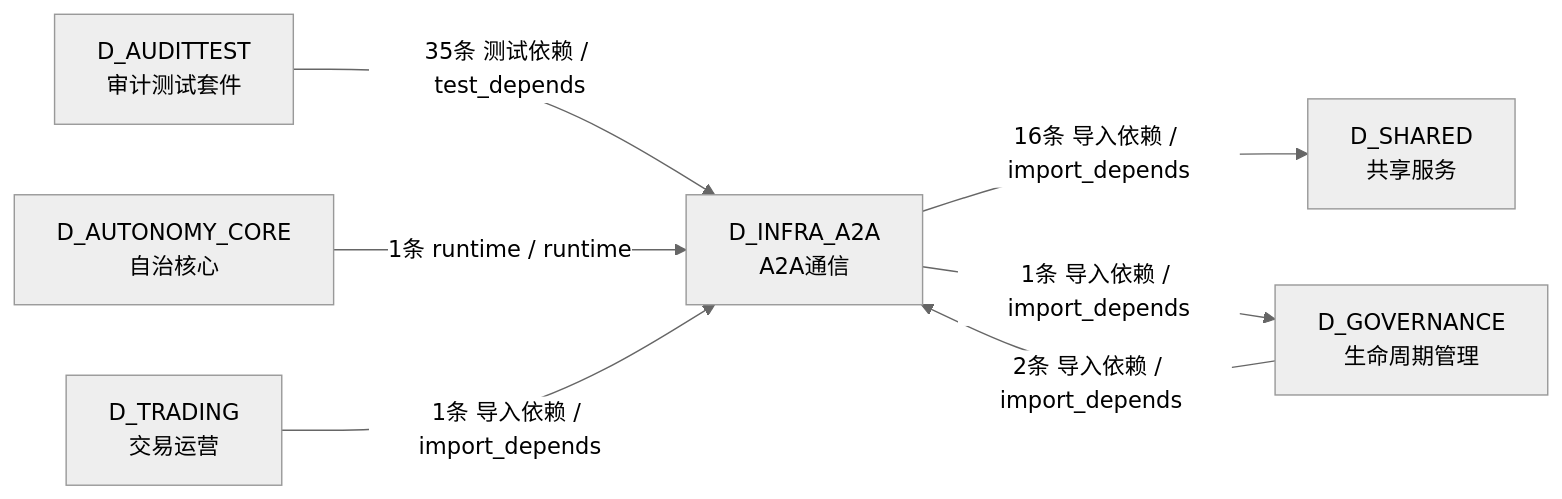
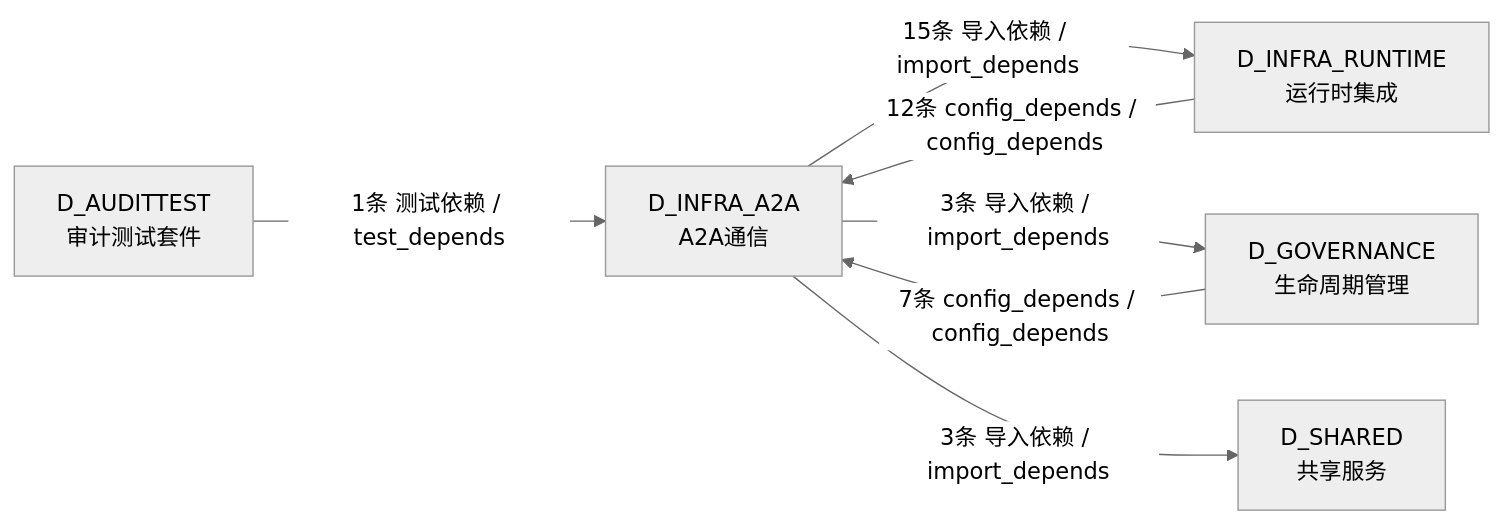
Before and after one commit to xuanFelixVan/ZephyrAlpha: the fourth of 4 diagrams in docs/02_enterprise_architecture/02_domain_architecture_docs/01_d_infra_a2a.md, drawn with Mermaid (neutral theme). The commit also changed other lines of this file and 60 other files, not shown here.

````diff
--- a/docs/02_enterprise_architecture/02_domain_architecture_docs/01_d_infra_a2a.md
+++ b/docs/02_enterprise_architecture/02_domain_architecture_docs/01_d_infra_a2a.md
@@ -689,15 +266,14 @@
 ```mermaid
 graph LR
     D_INFRA_A2A["D_INFRA_A2A<br/>A2A通信"]
+    D_INFRA_RUNTIME["D_INFRA_RUNTIME<br/>运行时集成"]
+    D_GOVERNANCE["D_GOVERNANCE<br/>生命周期管理"]
     D_SHARED["D_SHARED<br/>共享服务"]
-    D_GOVERNANCE["D_GOVERNANCE<br/>生命周期管理"]
     D_AUDITTEST["D_AUDITTEST<br/>审计测试套件"]
-    D_AUTONOMY_CORE["D_AUTONOMY_CORE<br/>自治核心"]
-    D_TRADING["D_TRADING<br/>交易运营"]
-    D_INFRA_A2A -->|16条 导入依赖 / import_depends| D_SHARED
-    D_INFRA_A2A -->|1条 导入依赖 / import_depends| D_GOVERNANCE
-    D_AUDITTEST -->|35条 测试依赖 / test_depends| D_INFRA_A2A
-    D_GOVERNANCE -->|2条 导入依赖 / import_depends| D_INFRA_A2A
-    D_AUTONOMY_CORE -->|1条 runtime / runtime| D_INFRA_A2A
-    D_TRADING -->|1条 导入依赖 / import_depends| D_INFRA_A2A
+    D_INFRA_A2A -->|15条 导入依赖 / import_depends| D_INFRA_RUNTIME
+    D_INFRA_A2A -->|3条 导入依赖 / import_depends| D_GOVERNANCE
+    D_INFRA_A2A -->|3条 导入依赖 / import_depends| D_SHARED
+    D_INFRA_RUNTIME -->|12条 config_depends / config_depends| D_INFRA_A2A
+    D_GOVERNANCE -->|7条 config_depends / config_depends| D_INFRA_A2A
+    D_AUDITTEST -->|1条 测试依赖 / test_depends| D_INFRA_A2A
 ```
````
